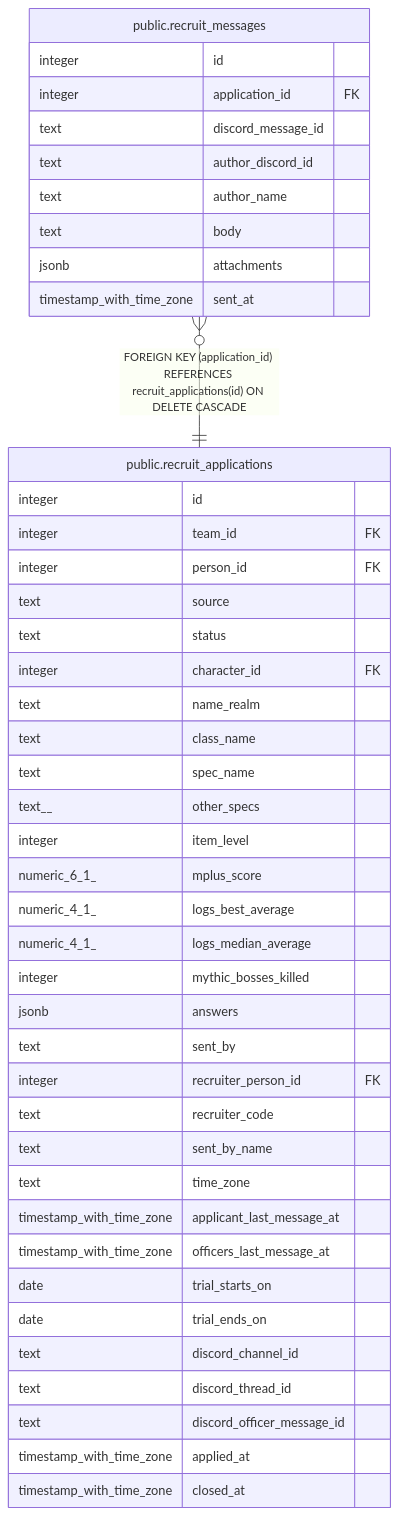
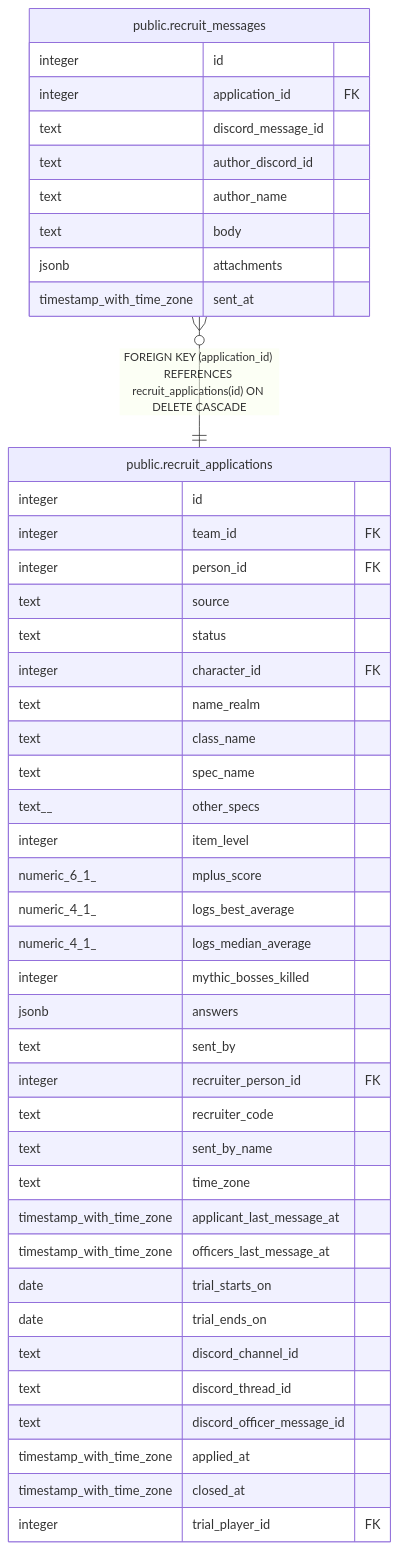
Before and after one commit to katogaming88/WGA-Raid-Hub: the diagram in dbdoc/public.recruit_messages.md, drawn with Mermaid. The commit also changed 41 other files, not shown here.

````diff
--- a/dbdoc/public.recruit_messages.md
+++ b/dbdoc/public.recruit_messages.md
@@ -43,48 +43,49 @@
 ```mermaid
 erDiagram
 
 "public.recruit_messages" }o--|| "public.recruit_applications" : "FOREIGN KEY (application_id) REFERENCES recruit_applications(id) ON DELETE CASCADE"
 
 "public.recruit_messages" {
   integer id
   integer application_id FK
   text discord_message_id
   text author_discord_id
   text author_name
   text body
   jsonb attachments
   timestamp_with_time_zone sent_at
 }
 "public.recruit_applications" {
   integer id
   integer team_id FK
   integer person_id FK
   text source
   text status
   integer character_id FK
   text name_realm
   text class_name
   text spec_name
   text__ other_specs
   integer item_level
   numeric_6_1_ mplus_score
   numeric_4_1_ logs_best_average
   numeric_4_1_ logs_median_average
   integer mythic_bosses_killed
   jsonb answers
   text sent_by
   integer recruiter_person_id FK
   text recruiter_code
   text sent_by_name
   text time_zone
   timestamp_with_time_zone applicant_last_message_at
   timestamp_with_time_zone officers_last_message_at
   date trial_starts_on
   date trial_ends_on
   text discord_channel_id
   text discord_thread_id
   text discord_officer_message_id
   timestamp_with_time_zone applied_at
   timestamp_with_time_zone closed_at
+  integer trial_player_id FK
 }
 ```
````
